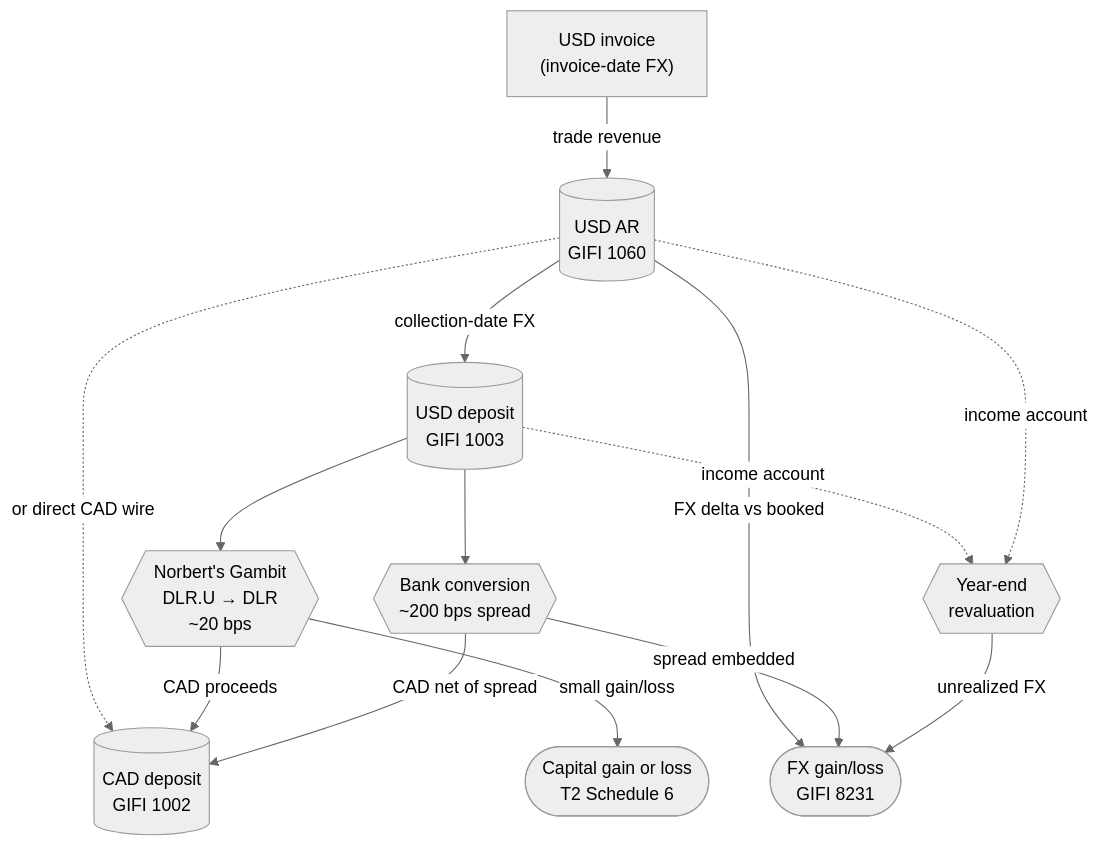
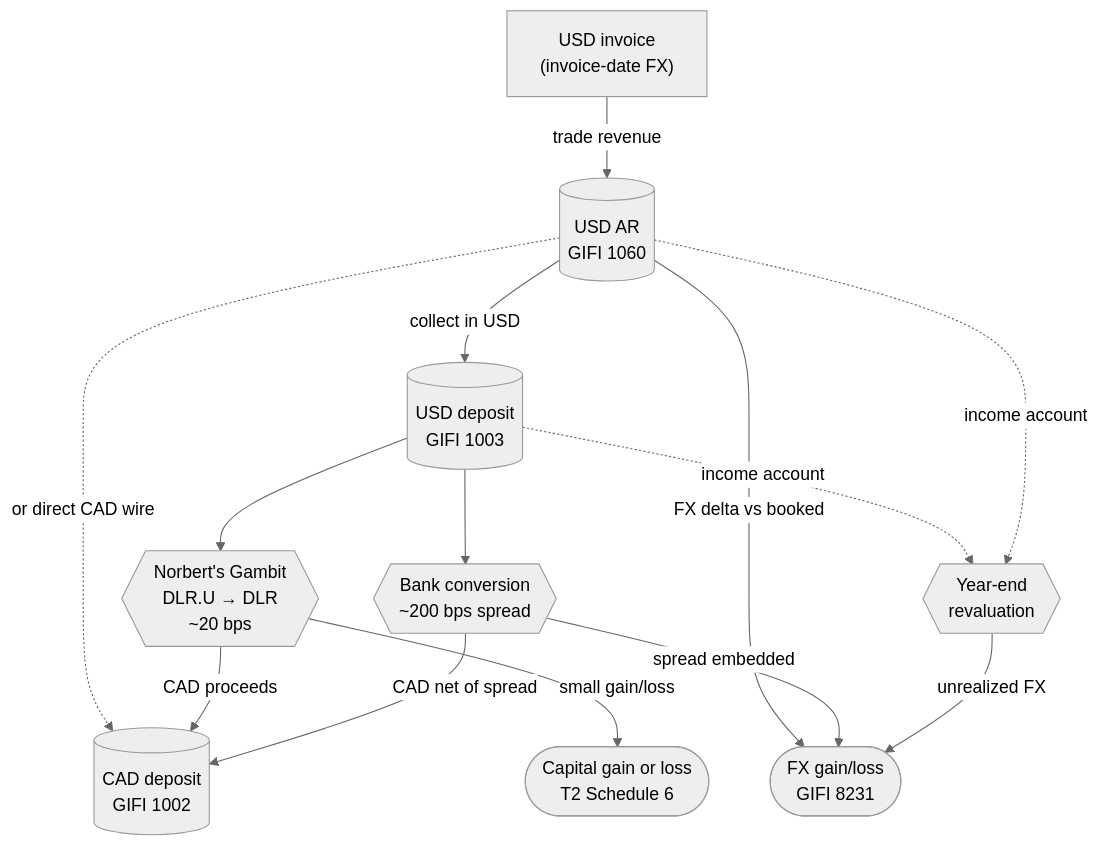
Before and after one commit to alexoooo/canadian-corp-info: the diagram in guide/Foreign-Currency.md, drawn with Mermaid (neutral theme). The commit also changed other lines of this file and 24 other files, not shown here.

````diff
--- a/guide/Foreign-Currency.md
+++ b/guide/Foreign-Currency.md
@@ -499,26 +498,26 @@
 ```mermaid
 flowchart TB
     Inv["USD invoice<br/>(invoice-date FX)"]
     AR[("USD AR<br/>GIFI 1060")]
     USD[("USD deposit<br/>GIFI 1003")]
     Gambit{{"Norbert's Gambit<br/>DLR.U → DLR<br/>~20 bps"}}
     Bank{{"Bank conversion<br/>~200 bps spread"}}
     CAD[("CAD deposit<br/>GIFI 1002")]
     FX(["FX gain/loss<br/>GIFI 8231"])
     S6(["Capital gain or loss<br/>T2 Schedule 6"])
     YE{{"Year-end<br/>revaluation"}}
 
     Inv -->|"trade revenue"| AR
-    AR -->|"collection-date FX"| USD
+    AR -->|"collect in USD"| USD
     AR -.->|"or direct CAD wire"| CAD
     AR -->|"FX delta vs booked"| FX
     USD --> Gambit
     USD --> Bank
     Gambit -->|"CAD proceeds"| CAD
     Gambit -->|"small gain/loss"| S6
     Bank -->|"CAD net of spread"| CAD
     Bank -->|"spread embedded"| FX
     USD -.->|"income account"| YE
     AR -.->|"income account"| YE
     YE -->|"unrealized FX"| FX
 ```
````
